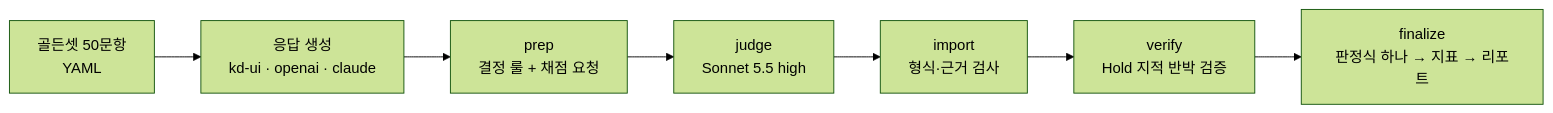
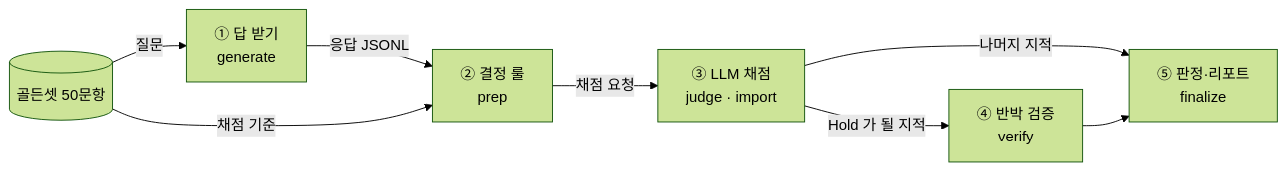
The first of 2 diagrams in docs/autoqa/DESIGN.md (YOONPYOGitHub/knowledge-distillation), drawn with Mermaid (forest theme) before and after one commit. The commit also changed other lines of this file and 21 other files, not shown here.

````diff
--- a/docs/autoqa/DESIGN.md
+++ b/docs/autoqa/DESIGN.md
@@ -89,9 +47,10 @@
 ```mermaid
 flowchart LR
-  G[골든셋 50문항<br/>YAML] --> R[응답 생성<br/>kd-ui · openai · claude]
-  R --> P[prep<br/>결정 룰 + 채점 요청]
-  P --> J[judge<br/>Sonnet 5.5 high]
-  J --> I[import<br/>형식·근거 검사]
-  I --> V[verify<br/>Hold 지적 반박 검증]
-  V --> F[finalize<br/>판정식 하나 → 지표 → 리포트]
+  G[("골든셋 50문항")] -->|"질문"| R["① 답 받기<br/>generate"]
+  R -->|"응답 JSONL"| P["② 결정 룰<br/>prep"]
+  G -->|"채점 기준"| P
+  P -->|"채점 요청"| J["③ LLM 채점<br/>judge · import"]
+  J -->|"Hold 가 될 지적"| V["④ 반박 검증<br/>verify"]
+  J -->|"나머지 지적"| F["⑤ 판정·리포트<br/>finalize"]
+  V --> F
 ```
````
